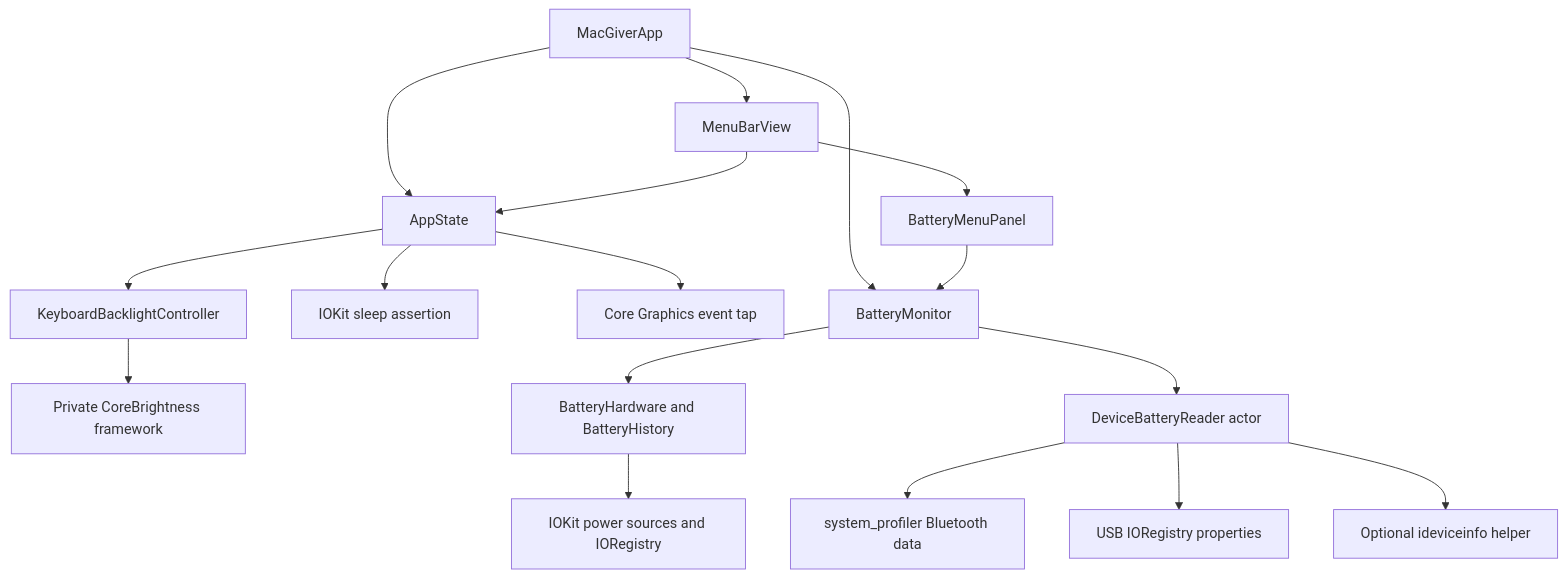
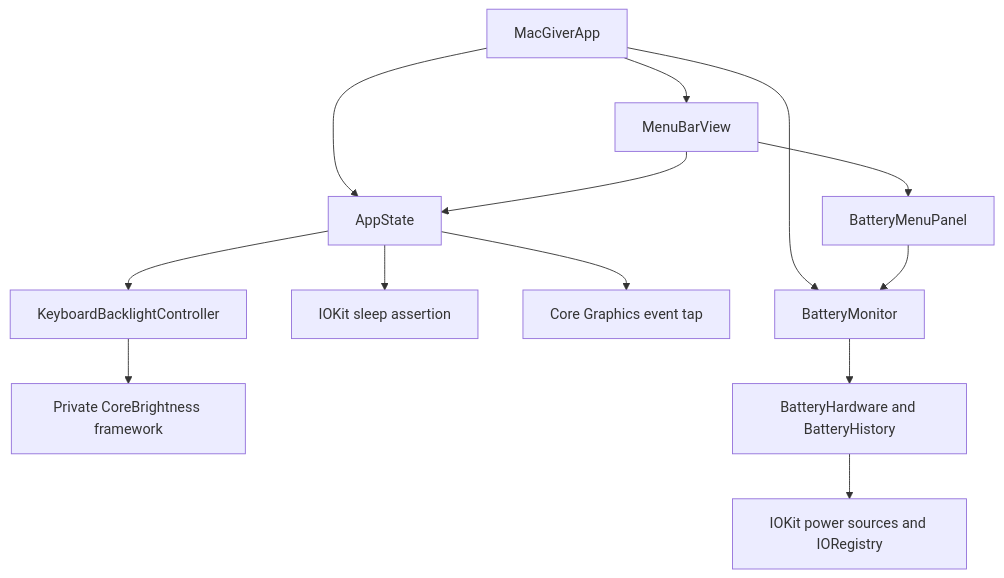
One commit to gabrielmpinha/macgiver changed the diagram in docs/architecture.md. Above: the diagram before and after it, drawn with Mermaid. The commit also changed other lines of this file and 9 other files, not shown here.

First line of the commit message:
fix(battery): remove connected devices and repair history charts

````diff
--- a/docs/architecture.md
+++ b/docs/architecture.md
@@ -9,19 +9,15 @@
 ```mermaid
 flowchart TD
     App[MacGiverApp] --> UI[MenuBarView]
     App --> State[AppState]
     App --> Monitor[BatteryMonitor]
     UI --> State
     UI --> Panel[BatteryMenuPanel]
     Panel --> Monitor
     State --> Sleep[IOKit sleep assertion]
     State --> Lock[Core Graphics event tap]
     State --> Light[KeyboardBacklightController]
     Light --> CB[Private CoreBrightness framework]
     Monitor --> Mac[BatteryHardware and BatteryHistory]
     Mac --> IOKit[IOKit power sources and IORegistry]
-    Monitor --> Devices[DeviceBatteryReader actor]
-    Devices --> Profiler[system_profiler Bluetooth data]
-    Devices --> USB[USB IORegistry properties]
-    Devices --> Helper[Optional ideviceinfo helper]
 ```
````
